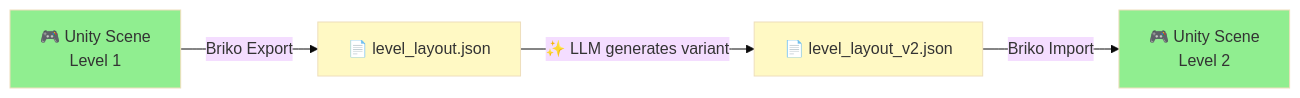
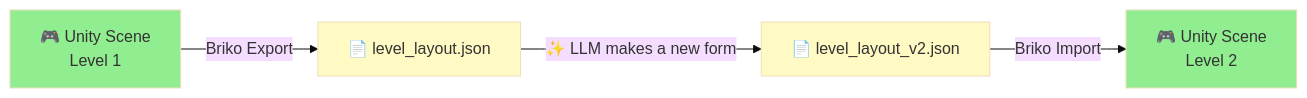
The first of 11 diagrams in README.md (hiroxpepe/briko), drawn with Mermaid (base theme) before and after one commit. The commit also changed other lines of this file and 1 other file, not shown here.

````diff
--- a/README.md
+++ b/README.md
@@ -20,11 +30,11 @@
 ```mermaid
 graph LR
     Scene[🎮 Unity Scene<br/>Level 1] -->|Briko Export| JSON1[📄 level_layout.json]
-    JSON1 -->|✨ LLM generates variant| JSON2[📄 level_layout_v2.json]
+    JSON1 -->|✨ LLM makes a new form| JSON2[📄 level_layout_v2.json]
     JSON2 -->|Briko Import| Scene2[🎮 Unity Scene<br/>Level 2]
 
     style Scene fill:#90ee90
     style Scene2 fill:#90ee90
     style JSON1 fill:#fff9c4
     style JSON2 fill:#fff9c4
 ```
````
